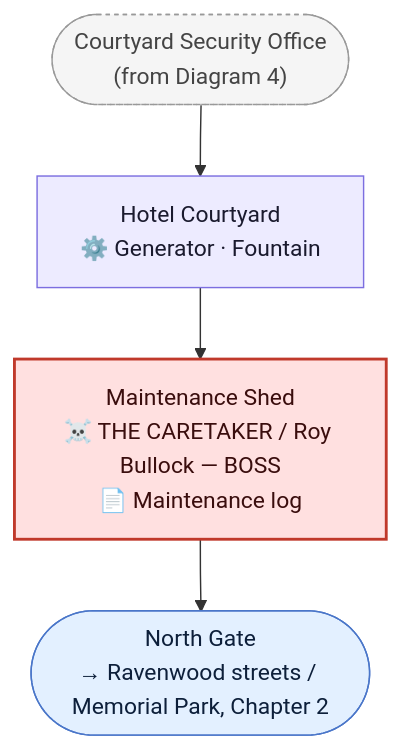
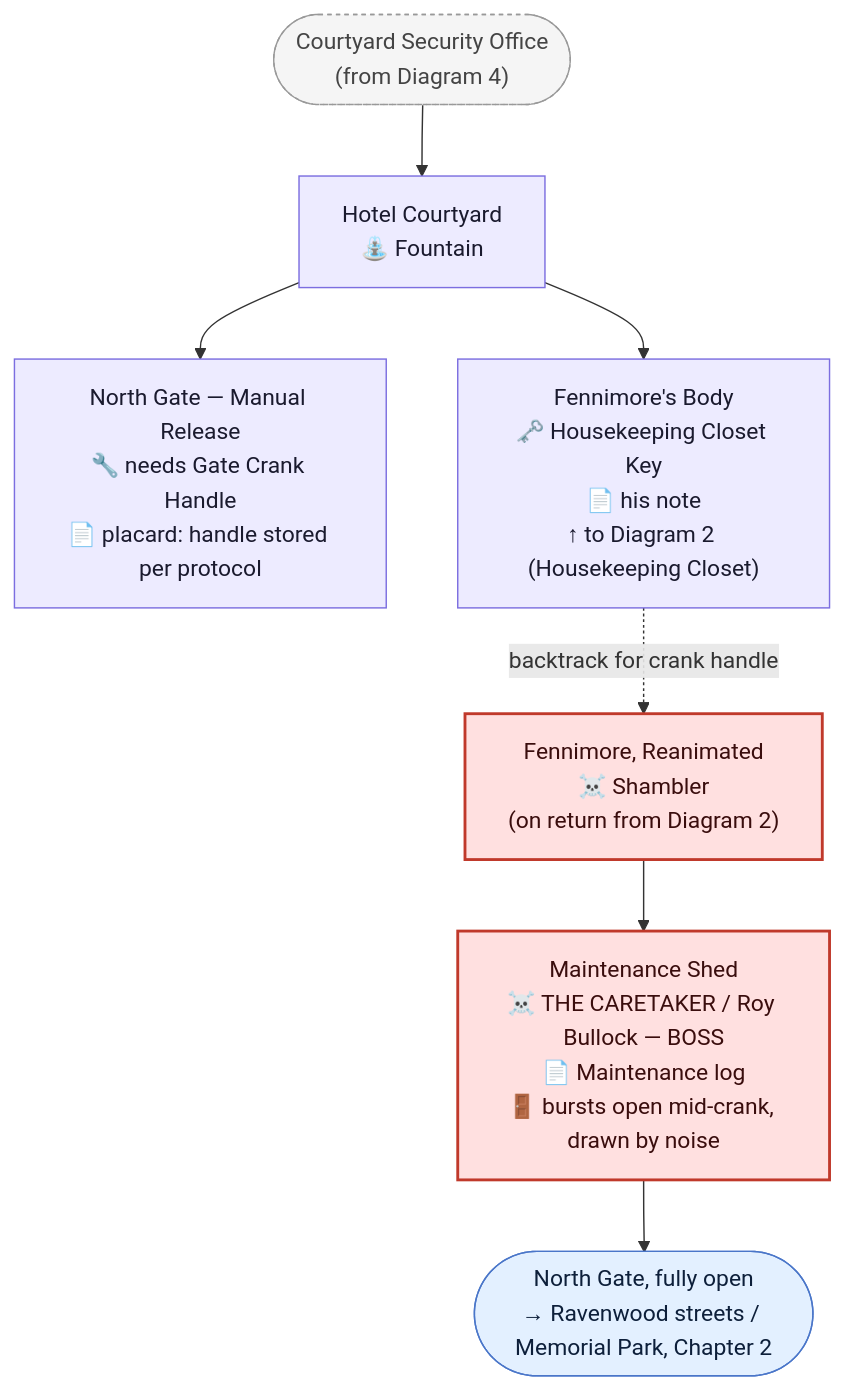
Before and after one commit to GIToez/Deadlock-Design: the fifth of 5 diagrams in DESIGN/Locations/Ravenwood_Hotel.md, drawn with Mermaid. The commit also changed other lines of this file and 8 other files, not shown here.

````diff
--- a/DESIGN/Locations/Ravenwood_Hotel.md
+++ b/DESIGN/Locations/Ravenwood_Hotel.md
@@ -365,18 +390,25 @@
 ```mermaid
 flowchart TD
     SECOFFREF(["Courtyard Security Office<br/>(from Diagram 4)"])
-    COURT["Hotel Courtyard<br/>⚙️ Generator · Fountain"]
-    SHED["Maintenance Shed<br/>☠️ THE CARETAKER / Roy Bullock — BOSS<br/>📄 Maintenance log"]
-    GATE(["North Gate<br/>→ Ravenwood streets / Memorial Park, Chapter 2"])
+    COURT["Hotel Courtyard<br/>⛲ Fountain"]
+    GATEBOX["North Gate — Manual Release<br/>🔧 needs Gate Crank Handle<br/>📄 placard: handle stored per protocol"]
+    FENNIMORE["Fennimore's Body<br/>🗝️ Housekeeping Closet Key<br/>📄 his note<br/>↑ to Diagram 2 (Housekeeping Closet)"]
+    FENNREANIM["Fennimore, Reanimated<br/>☠️ Shambler<br/>(on return from Diagram 2)"]
+    SHED["Maintenance Shed<br/>☠️ THE CARETAKER / Roy Bullock — BOSS<br/>📄 Maintenance log<br/>🚪 bursts open mid-crank, drawn by noise"]
+    GATE(["North Gate, fully open<br/>→ Ravenwood streets / Memorial Park, Chapter 2"])
 
-    SECOFFREF --> COURT --> SHED --> GATE
+    SECOFFREF --> COURT
+    COURT --> GATEBOX
+    COURT --> FENNIMORE
+    FENNIMORE -. backtrack for crank handle .-> FENNREANIM
+    FENNREANIM --> SHED --> GATE
 
     classDef room fill:#EDEBFF,stroke:#7C6EE0,color:#1a1a2e
     classDef boss fill:#FFE0E0,stroke:#C0392B,color:#3a0d0d,stroke-width:2px
     classDef exterior fill:#E3F0FF,stroke:#4A76C9,color:#0d1f3a
     classDef ref fill:#F5F5F5,stroke:#999999,color:#444444,stroke-dasharray:3 3
     class SECOFFREF ref
-    class COURT room
-    class SHED boss
+    class COURT,GATEBOX,FENNIMORE room
+    class SHED,FENNREANIM boss
     class GATE exterior
 ```
````
